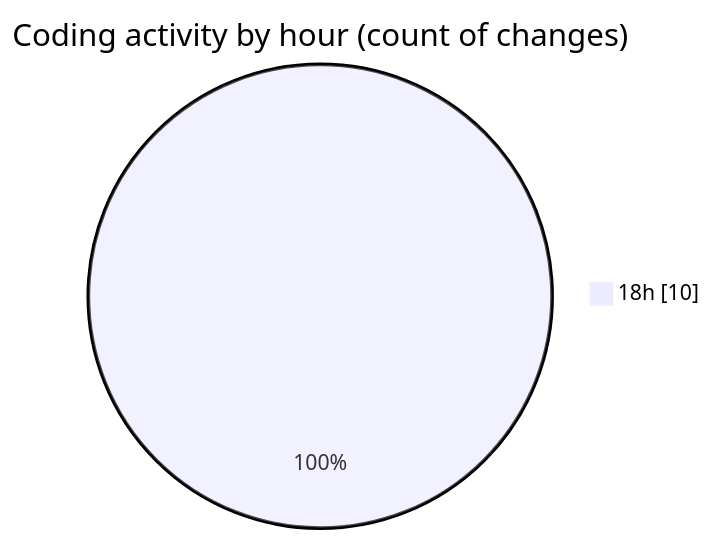
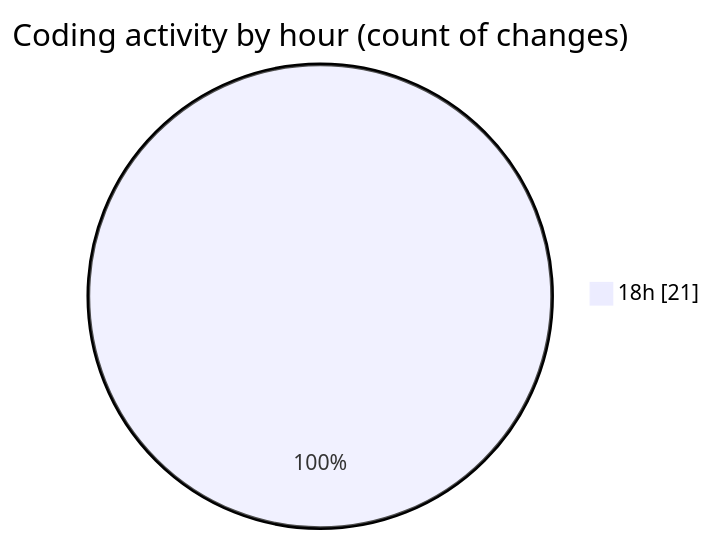
Before and after one commit to Ritupan-Deka/code-tracking: the second of 2 diagrams in 2025-07-16/mern-workoutboard/README.md, drawn with Mermaid. The commit also changed other lines of this file and 1 other file, not shown here.

````diff
--- a/2025-07-16/mern-workoutboard/README.md
+++ b/2025-07-16/mern-workoutboard/README.md
@@ -30,5 +30,5 @@
 ```mermaid
 pie showData
 title Coding activity by hour (count of changes)
-"18h" : 10
+"18h" : 21
 ```
````
